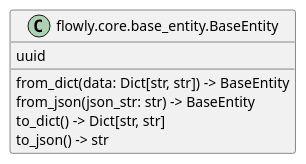
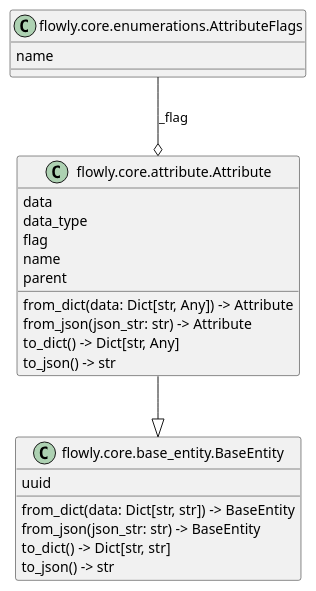
The diagram in classes.puml (j8sr0230/flowly), drawn with PlantUML before and after one commit. The commit also changed 7 other files, not shown here.

```diff
--- a/classes.puml
+++ b/classes.puml
@@ -1,10 +1,26 @@
 @startuml classes
 set namespaceSeparator none
+class "flowly.core.attribute.Attribute" as flowly.core.attribute.Attribute {
+  data
+  data_type
+  flag
+  name
+  parent
+  from_dict(data: Dict[str, Any]) -> Attribute
+  from_json(json_str: str) -> Attribute
+  to_dict() -> Dict[str, Any]
+  to_json() -> str
+}
 class "flowly.core.base_entity.BaseEntity" as flowly.core.base_entity.BaseEntity {
   uuid
   from_dict(data: Dict[str, str]) -> BaseEntity
   from_json(json_str: str) -> BaseEntity
   to_dict() -> Dict[str, str]
   to_json() -> str
 }
+class "flowly.core.enumerations.AttributeFlags" as flowly.core.enumerations.AttributeFlags {
+  name
+}
+flowly.core.attribute.Attribute --|> flowly.core.base_entity.BaseEntity
+flowly.core.enumerations.AttributeFlags --o flowly.core.attribute.Attribute : _flag
 @enduml
```
